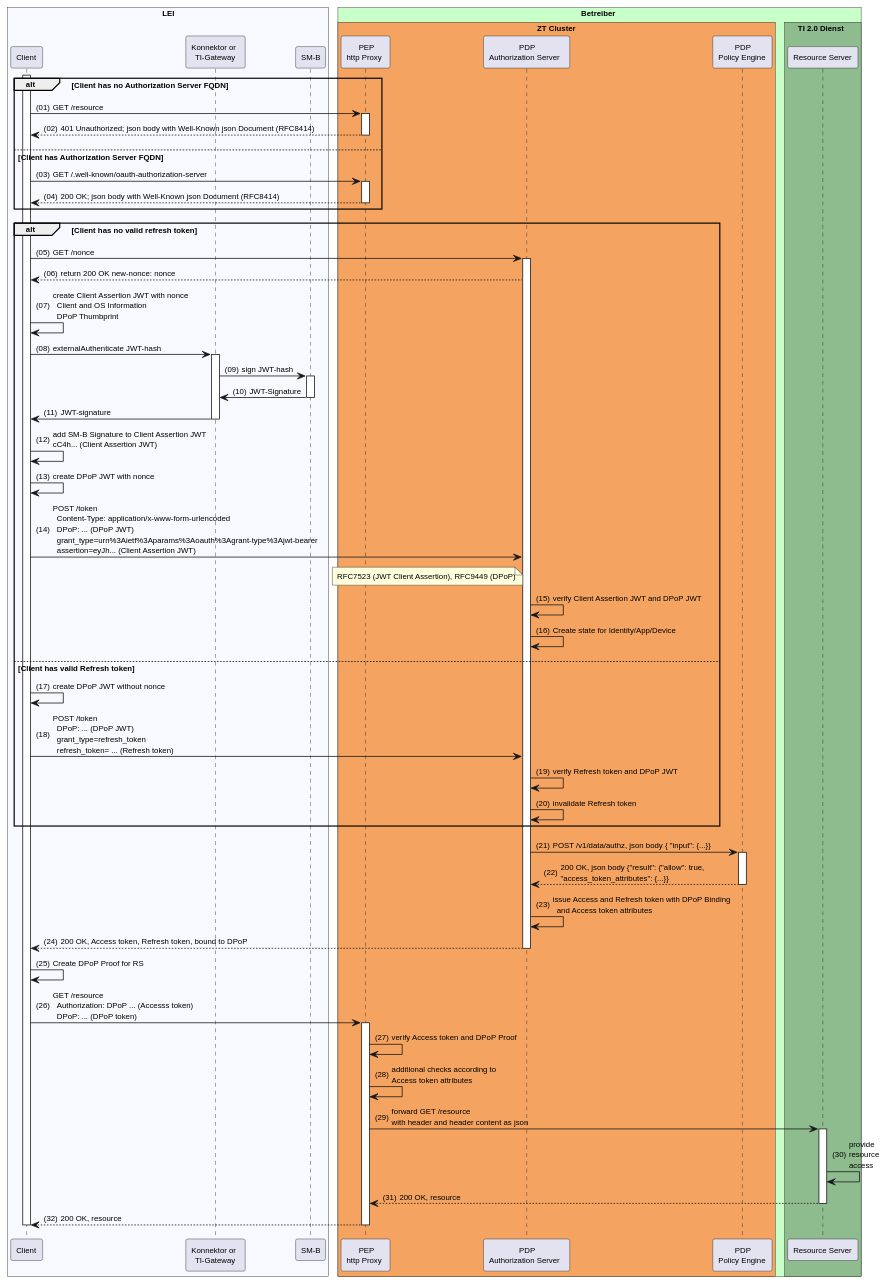
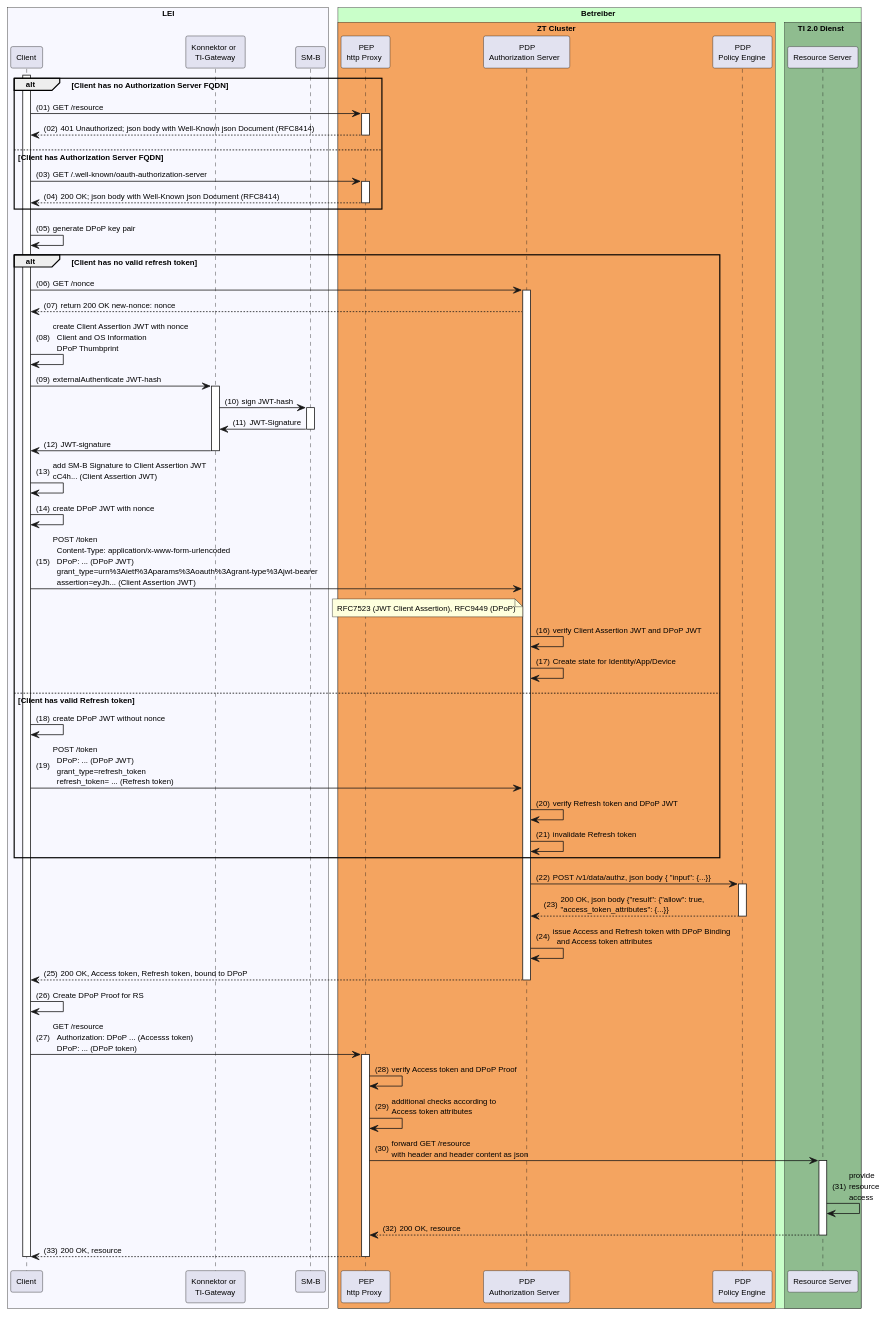
One commit to gematik/spec-t20r changed the diagram in src/plantuml/sm-b-auth.puml. Above: the diagram before and after it, drawn with PlantUML.

```diff
--- a/src/plantuml/sm-b-auth.puml
+++ b/src/plantuml/sm-b-auth.puml
@@ -1,108 +1,109 @@
 @startuml "SM-B_Auth_with_DPoP"
 autonumber "(00)"
 skinparam defaultFontSize 10
 skinparam defaultFontName Helvetica
 skinparam DefaultMonospacedFontName Courier
 skinparam lengthAdjust none
 
 !pragma teoz true
 
 box "LEI" #GhostWhite
   participant Client
   participant Konnektor as "Konnektor or\nTI-Gateway"
   participant SMB as "SM-B"
 end box
 
 box "Betreiber" #TECHNOLOGY
   box "ZT Cluster" #SandyBrown
     participant HP as "PEP\nhttp Proxy"
     participant AS as "PDP\nAuthorization Server" 
     participant PE as "PDP\nPolicy Engine"
   endbox
    box TI 2.0 Dienst #DarkSeaGreen
     participant RS as "Resource Server"
   endbox
 end box
 
 activate Client
 alt Client has no Authorization Server FQDN
   Client -> HP: GET /resource
   activate HP
   HP --> Client: 401 Unauthorized; json body with Well-Known json Document (RFC8414)
   deactivate HP
 else Client has Authorization Server FQDN
   Client -> HP: GET /.well-known/oauth-authorization-server 
   activate HP
   HP --> Client: 200 OK; json body with Well-Known json Document (RFC8414)
   deactivate HP
 end
 
+Client -> Client: generate DPoP key pair
 
 alt Client has no valid refresh token
 Client -> AS: GET /nonce
 activate AS
 AS --> Client: return 200 OK new-nonce: nonce
 Client -> Client: create Client Assertion JWT with nonce\n  Client and OS Information\n  DPoP Thumbprint
 Client -> Konnektor: externalAuthenticate JWT-hash
 activate Konnektor
 Konnektor -> SMB: sign JWT-hash
 activate SMB
 SMB -> Konnektor: JWT-Signature
 deactivate SMB
 Konnektor -> Client: JWT-signature
 deactivate Konnektor
 
 Client -> Client: add SM-B Signature to Client Assertion JWT\n\
 cC4h... (Client Assertion JWT)
 Client -> Client: create DPoP JWT with nonce
 Client -> AS: POST /token\n\
   Content-Type: application/x-www-form-urlencoded\n\
   DPoP: ... (DPoP JWT)\n\
   grant_type=urn%3Aietf%3Aparams%3Aoauth%3Agrant-type%3Ajwt-bearer\n\
   assertion=eyJh... (Client Assertion JWT)
 note left of AS
   RFC7523 (JWT Client Assertion), RFC9449 (DPoP)
 end note
 AS -> AS: verify Client Assertion JWT and DPoP JWT
 AS -> AS: Create state for Identity/App/Device
 
 else Client has valid Refresh token
 Client -> Client: create DPoP JWT without nonce
 Client -> AS: POST /token\n\
   DPoP: ... (DPoP JWT)\n\
   grant_type=refresh_token\n\
   refresh_token= ... (Refresh token)
 AS -> AS: verify Refresh token and DPoP JWT
 AS -> AS: invalidate Refresh token
 end
 
 AS -> PE: POST /v1/data/authz, json body {  "input": {...}} 
 activate PE
 PE --> AS: 200 OK, json body {"result": {"allow": true,\n\
 "access_token_attributes": {...}}
 deactivate PE
 AS -> AS: issue Access and Refresh token with DPoP Binding\n\
   and Access token attributes
 AS --> Client: 200 OK, Access token, Refresh token, bound to DPoP
 deactivate AS
 
 Client -> Client: Create DPoP Proof for RS
 Client -> HP: GET /resource\n\
   Authorization: DPoP ... (Accesss token)\n\
   DPoP: ... (DPoP token)
 activate HP
 HP -> HP: verify Access token and DPoP Proof
 HP -> HP: additional checks according to\n\
 Access token attributes
 HP -> RS: forward GET /resource\n\
 with header and header content as json
 activate RS
 RS -> RS: provide\nresource\naccess
 RS --> HP: 200 OK, resource
 deactivate RS
 HP --> Client: 200 OK, resource
 deactivate HP
 deactivate RS
 deactivate Client
 
 @enduml
```
